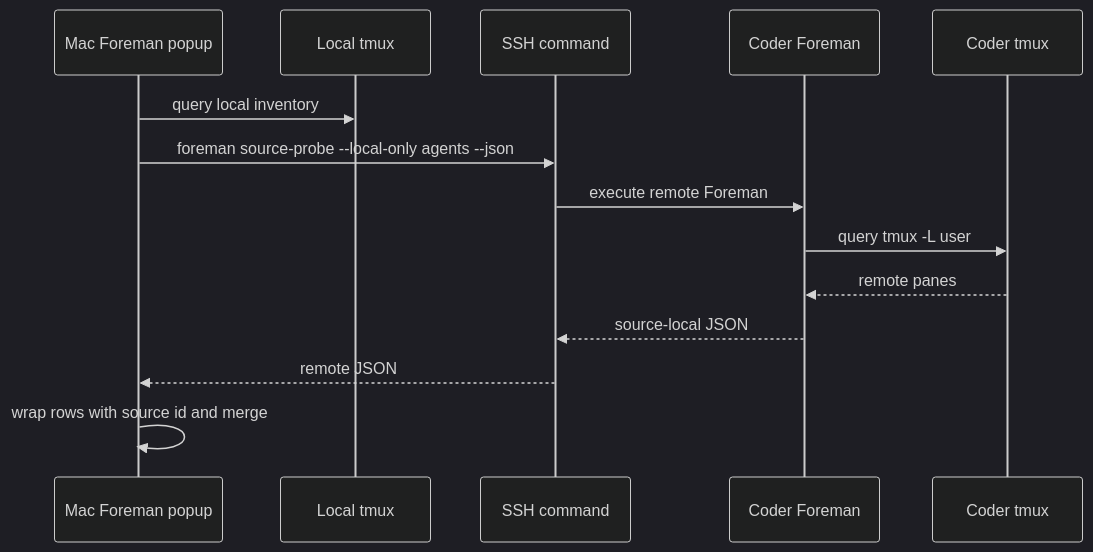
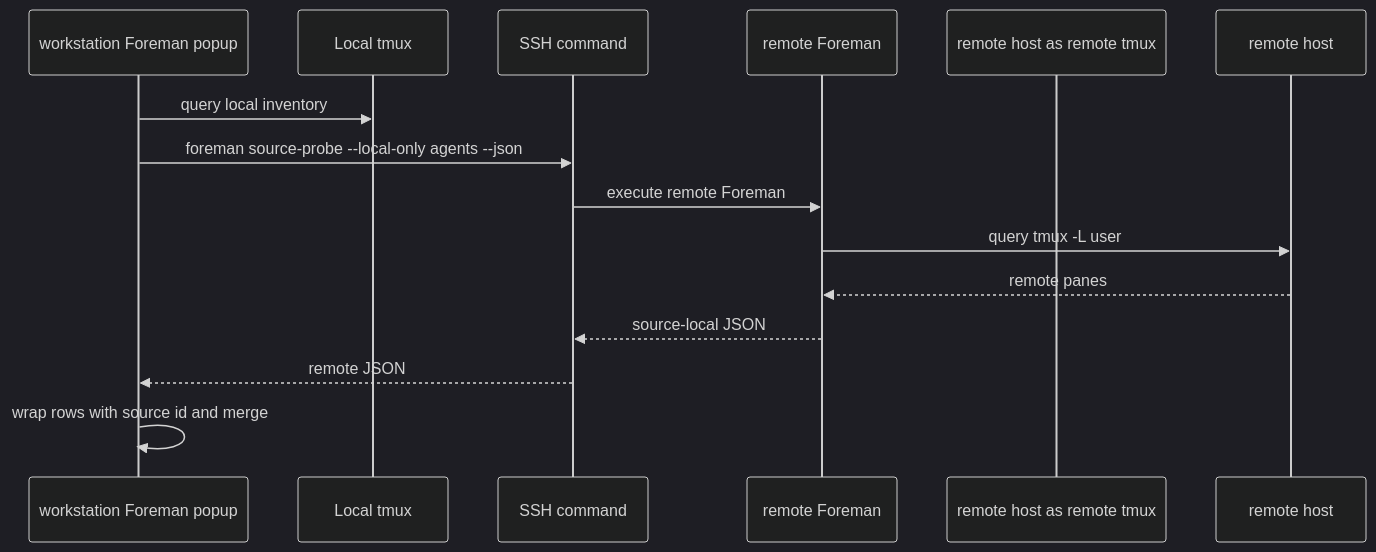
One commit to safurrier/foreman changed the first of 8 diagrams in docs/decisions/0004-source-companion-relay.md. Above: the diagram before and after it, drawn with Mermaid (dark theme). The commit also changed other lines of this file and 26 other files, not shown here.

````diff
--- a/docs/decisions/0004-source-companion-relay.md
+++ b/docs/decisions/0004-source-companion-relay.md
@@ -80,17 +109,17 @@
 ```mermaid
 sequenceDiagram
-    participant Popup as Mac Foreman popup
+    participant Popup as workstation Foreman popup
     participant Local as Local tmux
     participant SSH as SSH command
-    participant Remote as Coder Foreman
-    participant Coder as Coder tmux
+    participant Remote as remote Foreman
+    participant remote host as remote tmux
 
     Popup->>Local: query local inventory
     Popup->>SSH: foreman source-probe --local-only agents --json
     SSH->>Remote: execute remote Foreman
-    Remote->>Coder: query tmux -L user
-    Coder-->>Remote: remote panes
+    Remote->>remote host: query tmux -L user
+    remote host-->>Remote: remote panes
     Remote-->>SSH: source-local JSON
     SSH-->>Popup: remote JSON
     Popup->>Popup: wrap rows with source id and merge
 ```
````
